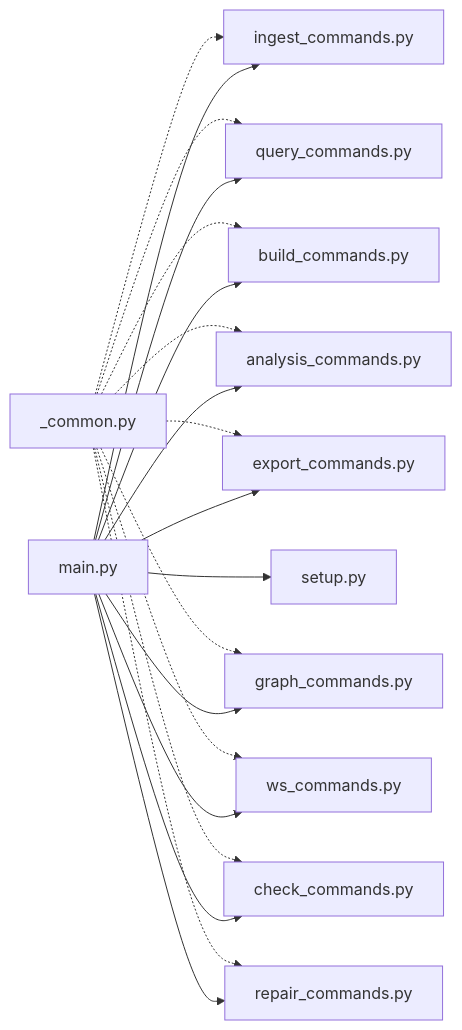
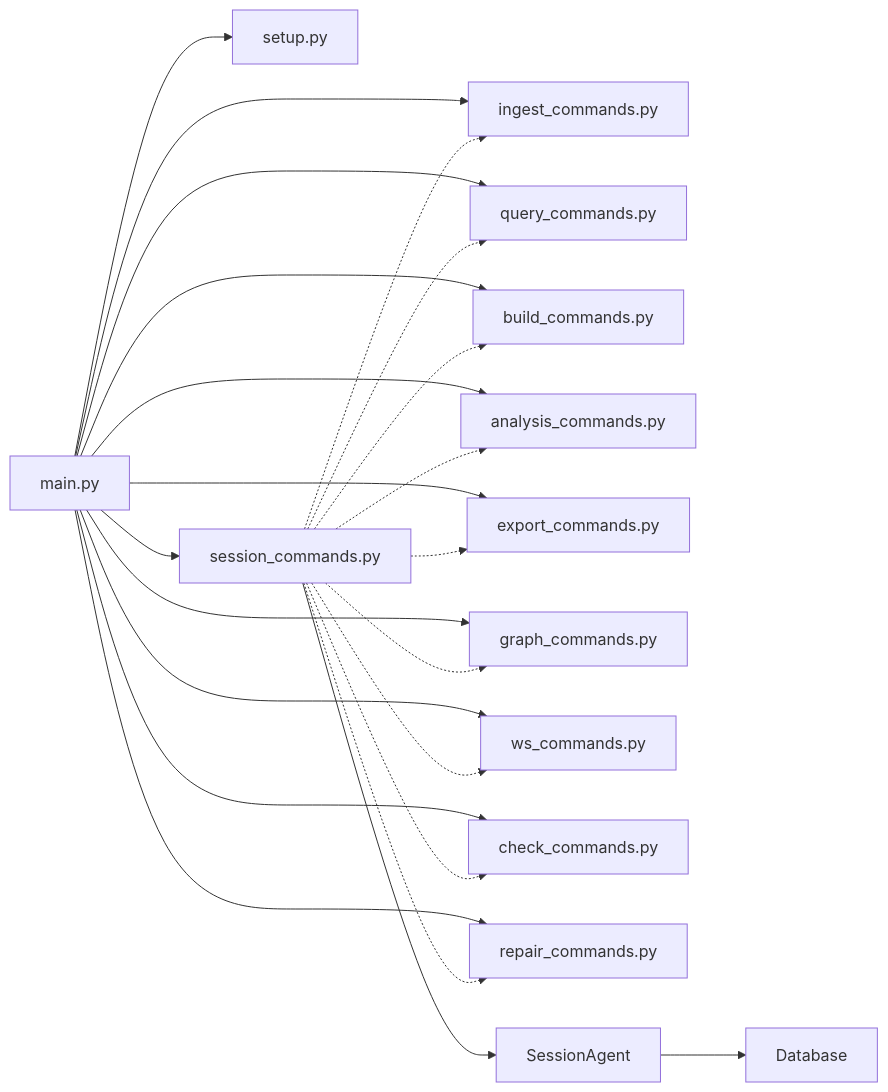
The third of 3 diagrams in .qoder/repowiki/zh/content/API 参考/CLI 接口/CLI 接口.md (UynajGI/drbrain), drawn with Mermaid before and after one commit. The commit also changed other lines of this file and 6 other files, not shown here.

````diff
--- a/.qoder/repowiki/zh/content/API 参考/CLI 接口/CLI 接口.md
+++ b/.qoder/repowiki/zh/content/API 参考/CLI 接口/CLI 接口.md
@@ -548,22 +617,25 @@
 ```mermaid
 graph LR
 MAIN["main.py"] --> ING["ingest_commands.py"]
 MAIN --> QUE["query_commands.py"]
 MAIN --> BLD["build_commands.py"]
 MAIN --> ANA["analysis_commands.py"]
 MAIN --> EXP["export_commands.py"]
 MAIN --> GR["graph_commands.py"]
 MAIN --> WS["ws_commands.py"]
 MAIN --> CHK["check_commands.py"]
 MAIN --> REP["repair_commands.py"]
 MAIN --> SETUP["setup.py"]
-COMMON["_common.py"] -.-> ING
-COMMON -.-> QUE
-COMMON -.-> BLD
-COMMON -.-> ANA
-COMMON -.-> EXP
-COMMON -.-> GR
-COMMON -.-> WS
-COMMON -.-> CHK
-COMMON -.-> REP
+MAIN --> SES["session_commands.py"]
+SES --> SA["SessionAgent"]
+SA --> DB["Database"]
+SES -.-> ING
+SES -.-> QUE
+SES -.-> BLD
+SES -.-> ANA
+SES -.-> EXP
+SES -.-> GR
+SES -.-> WS
+SES -.-> CHK
+SES -.-> REP
 ```
````
